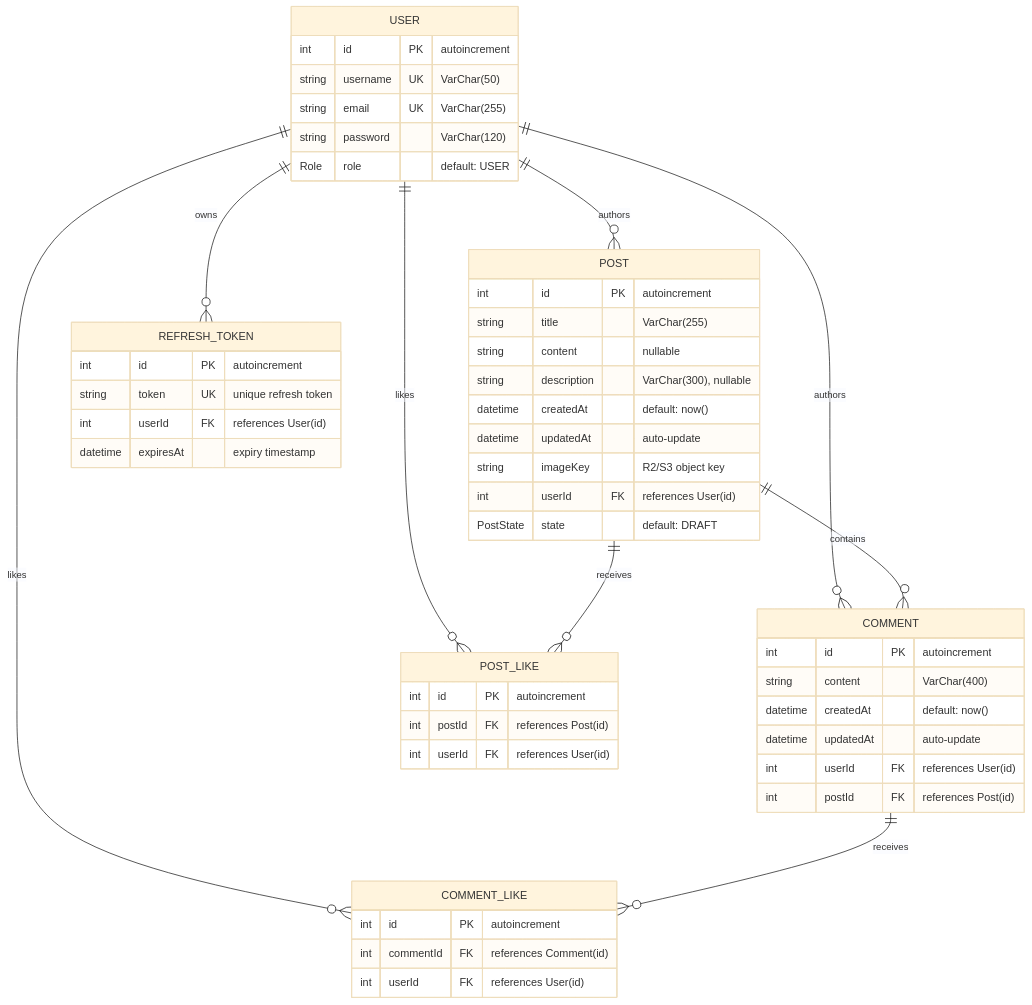
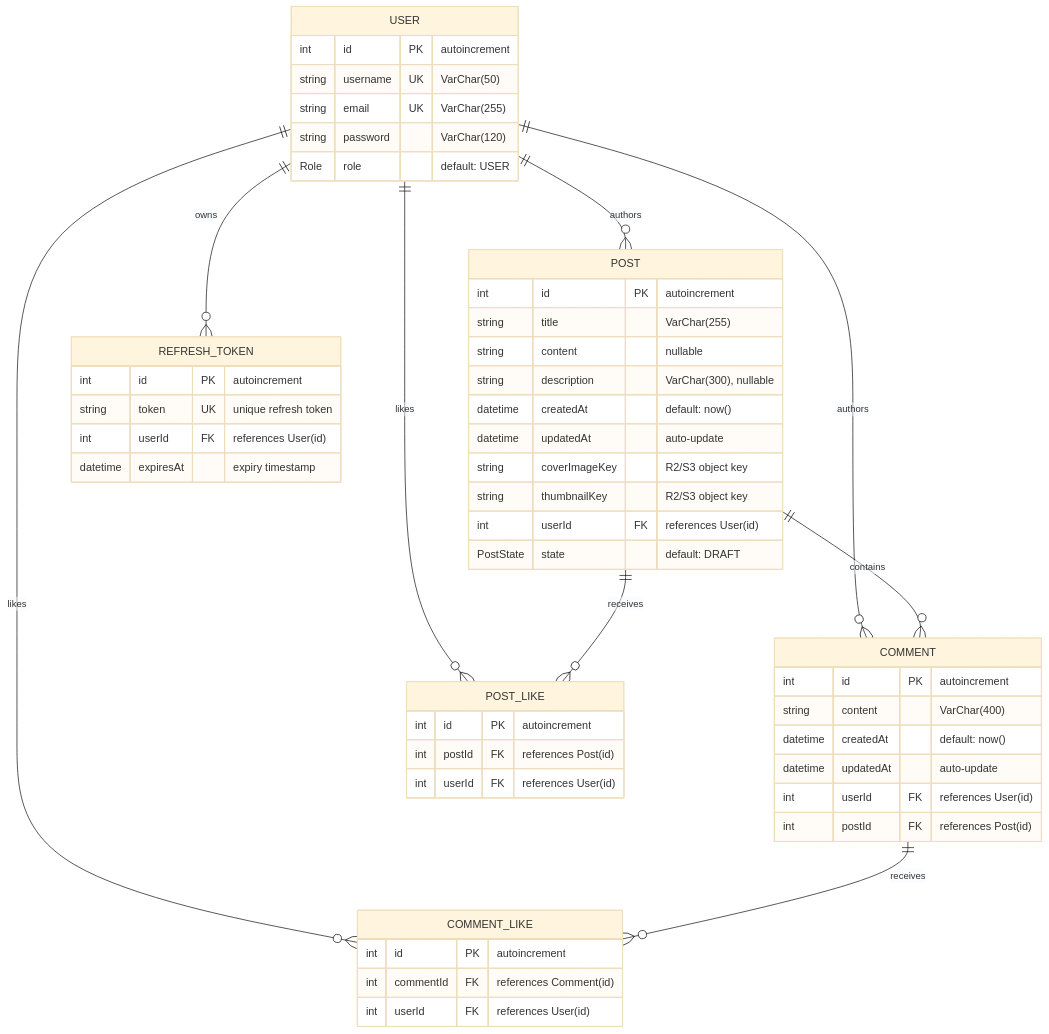
One commit to feddevv/blog-api changed the diagram in docs/database.md. Above: the diagram before and after it, drawn with Mermaid (base theme). The commit also changed other lines of this file, not shown here.

Commit message:
docs: update database schema to include coverImageKey and thumbnailKey

````diff
--- a/docs/database.md
+++ b/docs/database.md
@@ -19,61 +19,62 @@
 ```mermaid
 erDiagram
     USER ||--o{ POST : "authors"
     USER ||--o{ COMMENT : "authors"
     USER ||--o{ REFRESH_TOKEN : "owns"
     USER ||--o{ POST_LIKE : "likes"
     USER ||--o{ COMMENT_LIKE : "likes"
 
     POST ||--o{ COMMENT : "contains"
     POST ||--o{ POST_LIKE : "receives"
 
     COMMENT ||--o{ COMMENT_LIKE : "receives"
 
     USER {
         int id PK "autoincrement"
         string username UK "VarChar(50)"
         string email UK "VarChar(255)"
         string password "VarChar(120)"
         Role role "default: USER"
     }
 
     POST {
         int id PK "autoincrement"
         string title "VarChar(255)"
         string content "nullable"
         string description "VarChar(300), nullable"
         datetime createdAt "default: now()"
         datetime updatedAt "auto-update"
-        string imageKey "R2/S3 object key"
+        string coverImageKey "R2/S3 object key"
+        string thumbnailKey "R2/S3 object key"
         int userId FK "references User(id)"
         PostState state "default: DRAFT"
     }
 
     COMMENT {
         int id PK "autoincrement"
         string content "VarChar(400)"
         datetime createdAt "default: now()"
         datetime updatedAt "auto-update"
         int userId FK "references User(id)"
         int postId FK "references Post(id)"
     }
 
     POST_LIKE {
         int id PK "autoincrement"
         int postId FK "references Post(id)"
         int userId FK "references User(id)"
     }
 
     COMMENT_LIKE {
         int id PK "autoincrement"
         int commentId FK "references Comment(id)"
         int userId FK "references User(id)"
     }
 
     REFRESH_TOKEN {
         int id PK "autoincrement"
         string token UK "unique refresh token"
         int userId FK "references User(id)"
         datetime expiresAt "expiry timestamp"
     }
 ```
````
